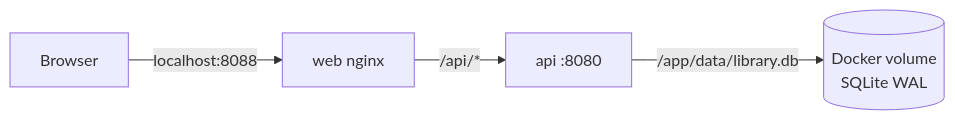
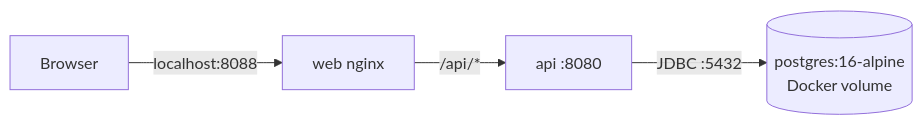
One commit to niefy/e-library changed the second of 4 diagrams in docs/architecture.md. Above: the diagram before and after it, drawn with Mermaid. The commit also changed other lines of this file and 24 other files, not shown here.

````diff
--- a/docs/architecture.md
+++ b/docs/architecture.md
@@ -77,6 +77,6 @@
 ```mermaid
 flowchart LR
     B[Browser] -->|localhost:8088| W[web nginx]
     W -->|"/api/*"| A[api :8080]
-    A -->|"/app/data/library.db"| V[(Docker volume<br/>SQLite WAL)]
+    A -->|JDBC :5432| P[(postgres:16-alpine<br/>Docker volume)]
 ```
````
